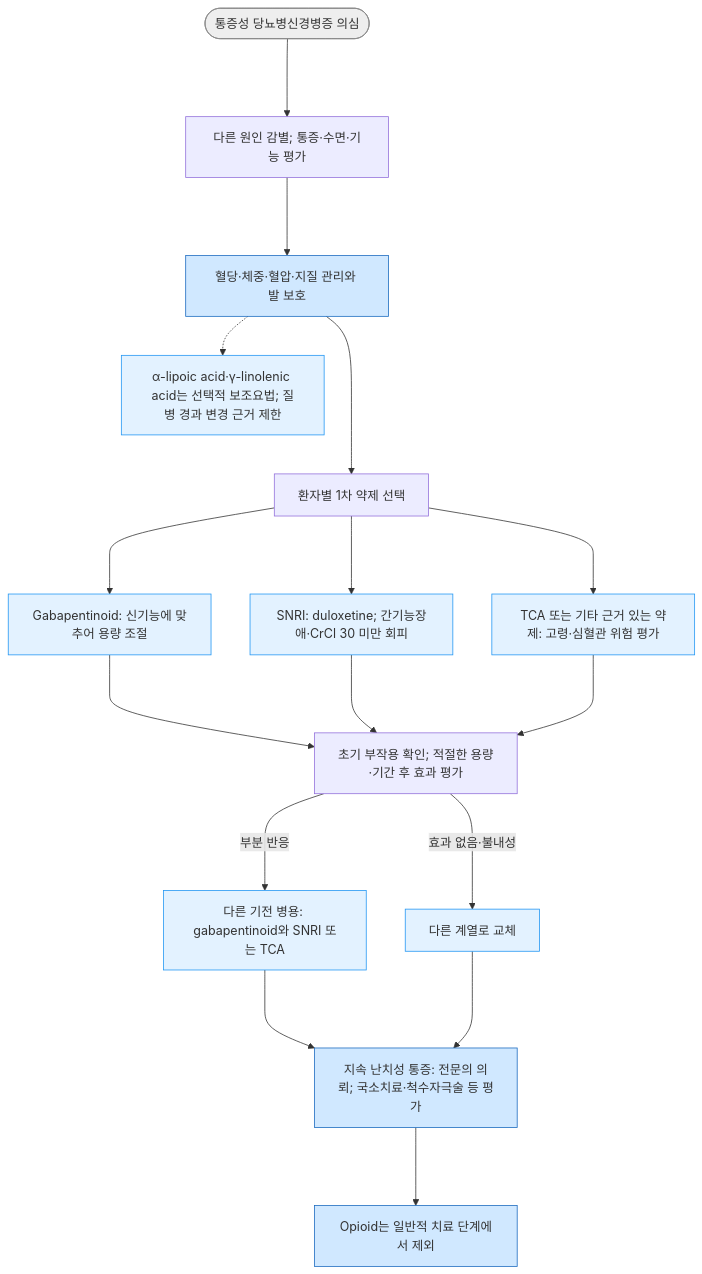
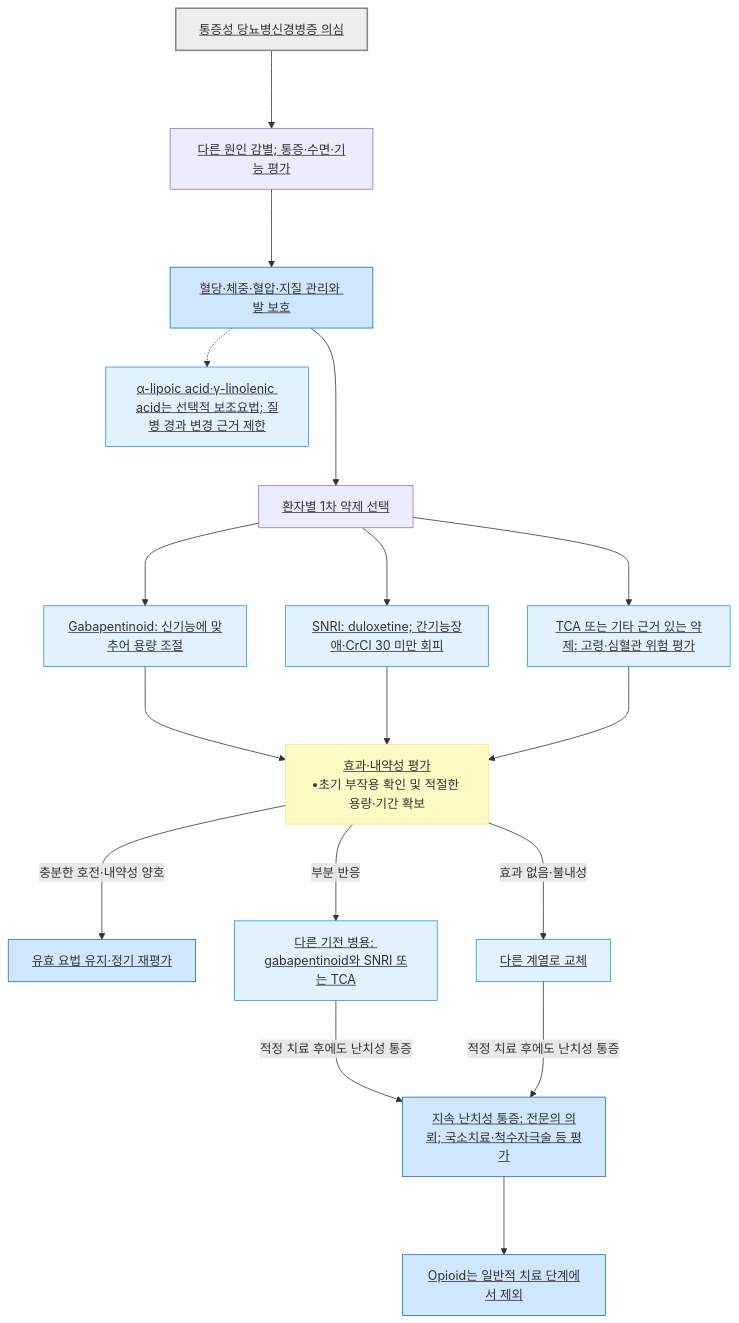
One commit to familyoh77/familyoh77 changed the second of 2 diagrams in 226_/102_-complications-of-diabetes.md. Above: the diagram before and after it, drawn with Mermaid. The commit also changed other lines of this file and 9 other files, not shown here.

````diff
--- a/226_/102_-complications-of-diabetes.md
+++ b/226_/102_-complications-of-diabetes.md
@@ -419,23 +412,26 @@
 ```mermaid
 graph TD
-    A(["통증성 당뇨병신경병증 의심"]) ---> B["다른 원인 감별; 통증·수면·기능 평가"]
-    B ---> C["혈당·체중·혈압·지질 관리와 발 보호"]
-    C ---> D["환자별 1차 약제 선택"]
-    D ---> E["Gabapentinoid: 신기능에 맞추어 용량 조절"]
-    D ---> F["SNRI: duloxetine; 간기능장애·CrCl 30 미만 회피"]
-    D ---> G["TCA 또는 기타 근거 있는 약제: 고령·심혈관 위험 평가"]
-    E ---> H["초기 부작용 확인; 적절한 용량·기간 후 효과 평가"]
+    A["<u>통증성 당뇨병신경병증 의심</u>"] ---> B["<u>다른 원인 감별; 통증·수면·기능 평가</u>"]
+    B ---> C["<u>혈당·체중·혈압·지질 관리와 발 보호</u>"]
+    C ---> D["<u>환자별 1차 약제 선택</u>"]
+    D ---> E["<u>Gabapentinoid: 신기능에 맞추어 용량 조절</u>"]
+    D ---> F["<u>SNRI: duloxetine; 간기능장애·CrCl 30 미만 회피</u>"]
+    D ---> G["<u>TCA 또는 기타 근거 있는 약제: 고령·심혈관 위험 평가</u>"]
+    E ---> H["<u>효과·내약성 평가</u><br/>•초기 부작용 확인 및 적절한 용량·기간 확보"]
     F ---> H
     G ---> H
-    H --->|"부분 반응"| I["다른 기전 병용: gabapentinoid와 SNRI 또는 TCA"]
-    H --->|"효과 없음·불내성"| J["다른 계열로 교체"]
-    I ---> K["지속 난치성 통증: 전문의 의뢰; 국소치료·척수자극술 등 평가"]
-    J ---> K
-    C -.-> L["α-lipoic acid·γ-linolenic acid는 선택적 보조요법; 질병 경과 변경 근거 제한"]
-    K ---> M["Opioid는 일반적 치료 단계에서 제외"]
-style A fill:#eeeeee,stroke:#888888
+    H --->|"충분한 호전·내약성 양호"| R["<u>유효 요법 유지·정기 재평가</u>"]
+    H --->|"부분 반응"| I["<u>다른 기전 병용: gabapentinoid와 SNRI 또는 TCA</u>"]
+    H --->|"효과 없음·불내성"| J["<u>다른 계열로 교체</u>"]
+    I --->|"적정 치료 후에도 난치성 통증"| K["<u>지속 난치성 통증: 전문의 의뢰; 국소치료·척수자극술 등 평가</u>"]
+    J --->|"적정 치료 후에도 난치성 통증"| K
+    C -.-> L["<u>α-lipoic acid·γ-linolenic acid는 선택적 보조요법; 질병 경과 변경 근거 제한</u>"]
+    K ---> M["<u>Opioid는 일반적 치료 단계에서 제외</u>"]
+style A fill:#eeeeee,stroke:#888888,stroke-width:2px
 classDef sky fill:#e3f2ff,stroke:#2196f3
 class E,F,G,I,J,L sky
 classDef blue fill:#d0e8ff,stroke:#1a6abf
-class C,K,M blue
+class C,K,M,R blue
+classDef question fill:#fff9c4,stroke:#ffe082
+class H question
 ```
````
